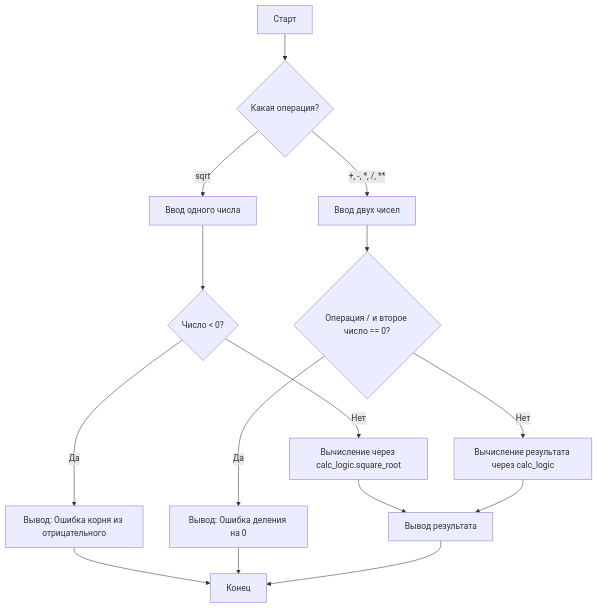
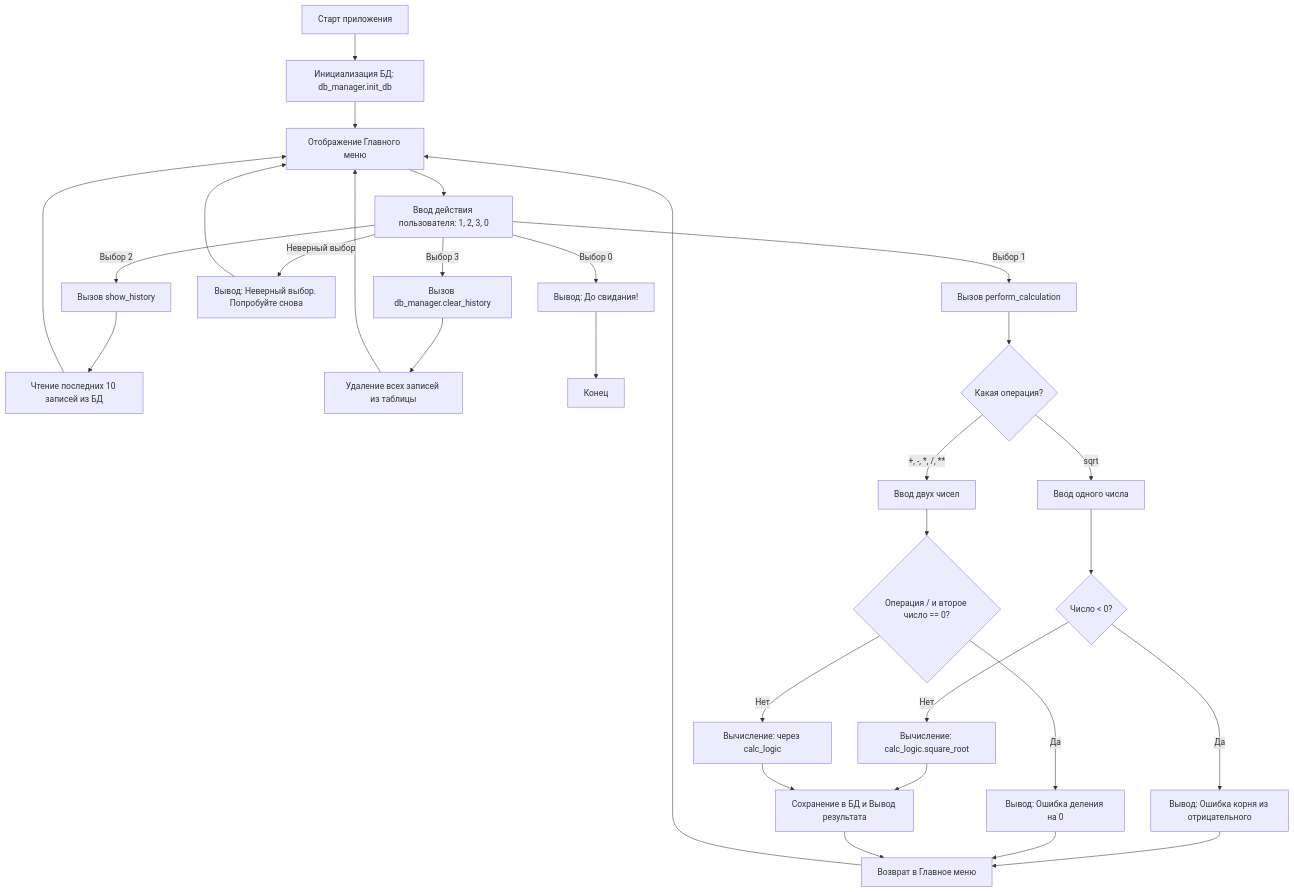
The diagram in README.md (vovanmakrushin/calculator), drawn with Mermaid before and after one commit. The commit also changed other lines of this file, not shown here.

Commit message:
docs: дополнено описание возможностей в файле README

````diff
--- a/README.md
+++ b/README.md
@@ -37,17 +37,47 @@
 ```mermaid
 graph TD
-    A[Старт] --> B{Какая операция?}
-    B -->|sqrt| C[Ввод одного числа]
-    B -->|+, -, *, /, **| D[Ввод двух чисел]
-    C --> E{Число < 0?}
-    E -- Да --> F[Вывод: Ошибка корня из отрицательного]
-    E -- Нет --> G[Вычисление через calc_logic.square_root]
-    D --> H{Операция / и второе число == 0?}
-    H -- Да --> I[Вывод: Ошибка деления на 0]
-    H -- Нет --> J[Вычисление результата через calc_logic]
-    F --> K[Конец]
-    G --> L[Вывод результата]
-    I --> K
-    J --> L
-    L --> K
+    A[Старт приложения] --> B[Инициализация БД: db_manager.init_db]
+    B --> C[Отображение Главного меню]
+    C --> D[Ввод действия пользователя: 1, 2, 3, 0]
+    
+    %% Ветка 2: История
+    D -->|Выбор 2| H[Вызов show_history]
+    H --> I[Чтение последних 10 записей из БД]
+    I --> C
+    
+    %% Ветка 3: Очистка
+    D -->|Выбор 3| J[Вызов db_manager.clear_history]
+    J --> K[Удаление всех записей из таблицы]
+    K --> C
+    
+    %% Ветка ошибки ввода меню
+    D -->|Неверный выбор| N[Вывод: Неверный выбор. Попробуйте снова]
+    N --> C
+    
+    %% Ветка 0: Выход
+    D -->|Выбор 0| L[Вывод: До свидания!]
+    L --> M[Конец]
+    
+    %% Ветка 1: Вычисления (Интеграция вашей детальной схемы)
+    D -->|Выбор 1| E[Вызов perform_calculation]
+    E --> O{Какая операция?}
+    
+    O -->|sqrt| P[Ввод одного числа]
+    O -->|+, -, *, /, **| Q[Ввод двух чисел]
+    
+    P --> R{Число < 0?}
+    R -- Да --> S[Вывод: Ошибка корня из отрицательного]
+    R -- Нет --> T[Вычисление: calc_logic.square_root]
+    
+    Q --> U{Операция / и второе число == 0?}
+    U -- Да --> V[Вывод: Ошибка деления на 0]
+    U -- Нет --> W[Вычисление: через calc_logic]
+    
+    S --> X[Возврат в Главное меню]
+    V --> X
+    
+    T --> Y[Сохранение в БД и Вывод результата]
+    W --> Y
+    Y --> X
+    X --> C
 ```
````
